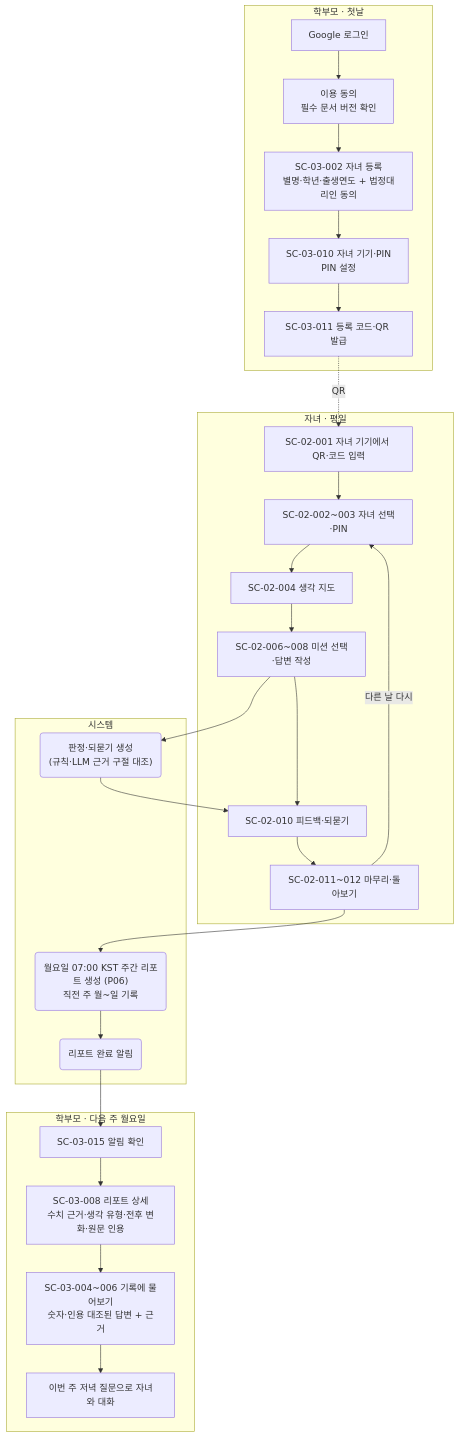
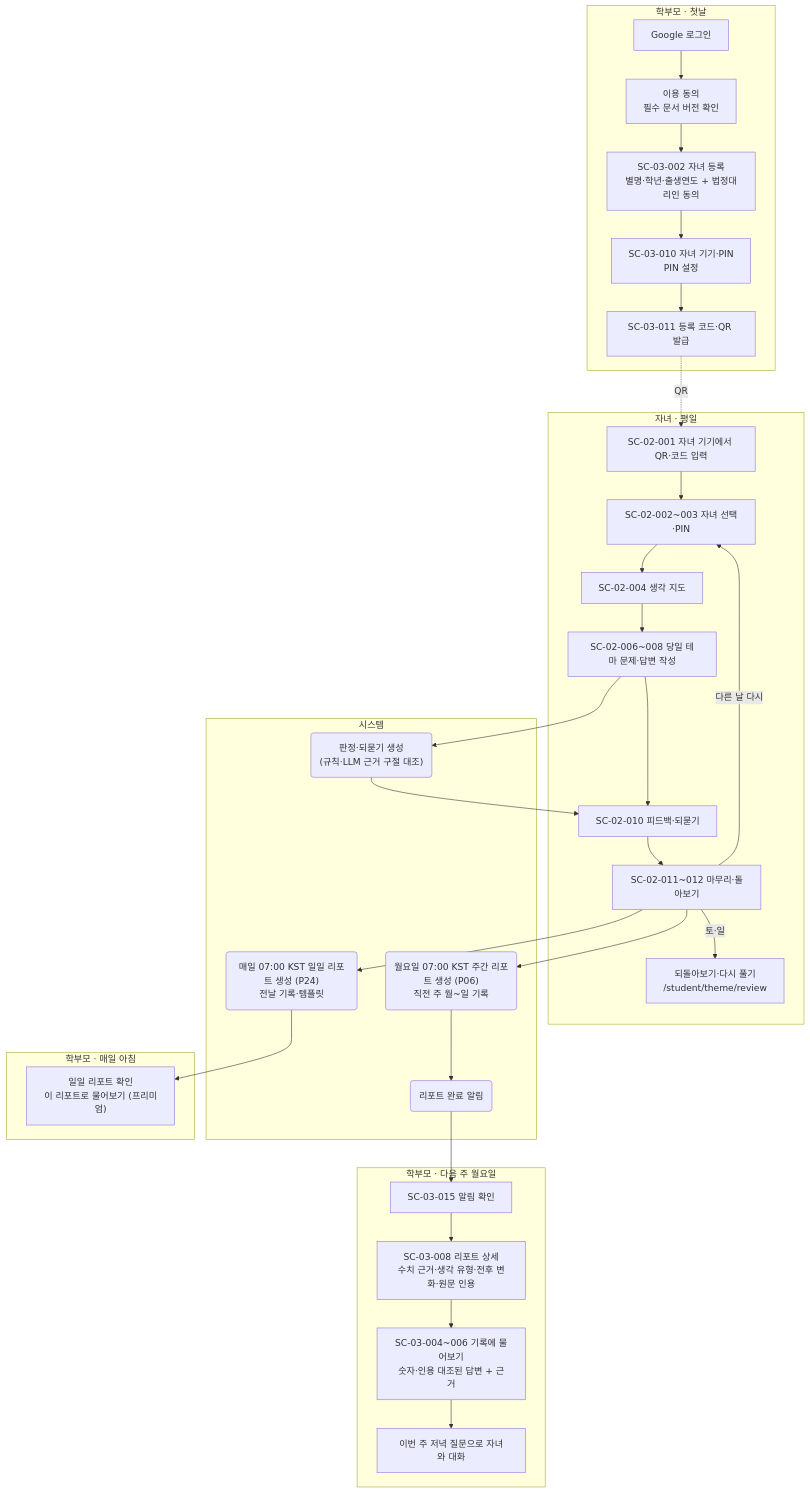
One commit to SKNETWORKS-FAMILY-AICAMP/SKN34-FINAL-3TEAM changed the fifth of 12 diagrams in docs/design/user-flow.md. Above: the diagram before and after it, drawn with Mermaid. The commit also changed other lines of this file and 20 other files, not shown here.

````diff
--- a/docs/design/user-flow.md
+++ b/docs/design/user-flow.md
@@ -177,34 +191,41 @@
 ```mermaid
 flowchart TD
   subgraph P1["학부모 · 첫날"]
     A1["Google 로그인"] --> A2["이용 동의<br/>필수 문서 버전 확인"]
     A2 --> A3["SC-03-002 자녀 등록<br/>별명·학년·출생연도 + 법정대리인 동의"]
     A3 --> A4["SC-03-010 자녀 기기·PIN<br/>PIN 설정"]
     A4 --> A5["SC-03-011 등록 코드·QR 발급"]
   end
 
   subgraph S1["자녀 · 평일"]
     B1["SC-02-001 자녀 기기에서 QR·코드 입력"] --> B2["SC-02-002~003 자녀 선택·PIN"]
     B2 --> B3["SC-02-004 생각 지도"]
-    B3 --> B4["SC-02-006~008 미션 선택·답변 작성"]
+    B3 --> B4["SC-02-006~008 당일 테마 문제·답변 작성"]
     B4 --> B5["SC-02-010 피드백·되묻기"]
     B5 --> B6["SC-02-011~012 마무리·돌아보기"]
     B6 -->|"다른 날 다시"| B2
+    B6 -->|"토·일"| B7["되돌아보기·다시 풀기<br/>/student/theme/review"]
   end
 
   subgraph SYS["시스템"]
     C1("판정·되묻기 생성<br/>(규칙·LLM 근거 구절 대조)")
     C2("월요일 07:00 KST 주간 리포트 생성 (P06)<br/>직전 주 월~일 기록")
     C3("리포트 완료 알림")
+    C4("매일 07:00 KST 일일 리포트 생성 (P24)<br/>전날 기록·템플릿")
+  end
+
+  subgraph P0["학부모 · 매일 아침"]
+    D0["일일 리포트 확인<br/>이 리포트로 물어보기 (프리미엄)"]
   end
 
   subgraph P2["학부모 · 다음 주 월요일"]
     D1["SC-03-015 알림 확인"] --> D2["SC-03-008 리포트 상세<br/>수치 근거·생각 유형·전후 변화·원문 인용"]
     D2 --> D3["SC-03-004~006 기록에 물어보기<br/>숫자·인용 대조된 답변 + 근거"]
     D3 --> D4["이번 주 저녁 질문으로 자녀와 대화"]
   end
 
   A5 -.->|"QR"| B1
   B4 --> C1 --> B5
   B6 --> C2 --> C3 --> D1
+  B6 --> C4 --> D0
 ```
````
